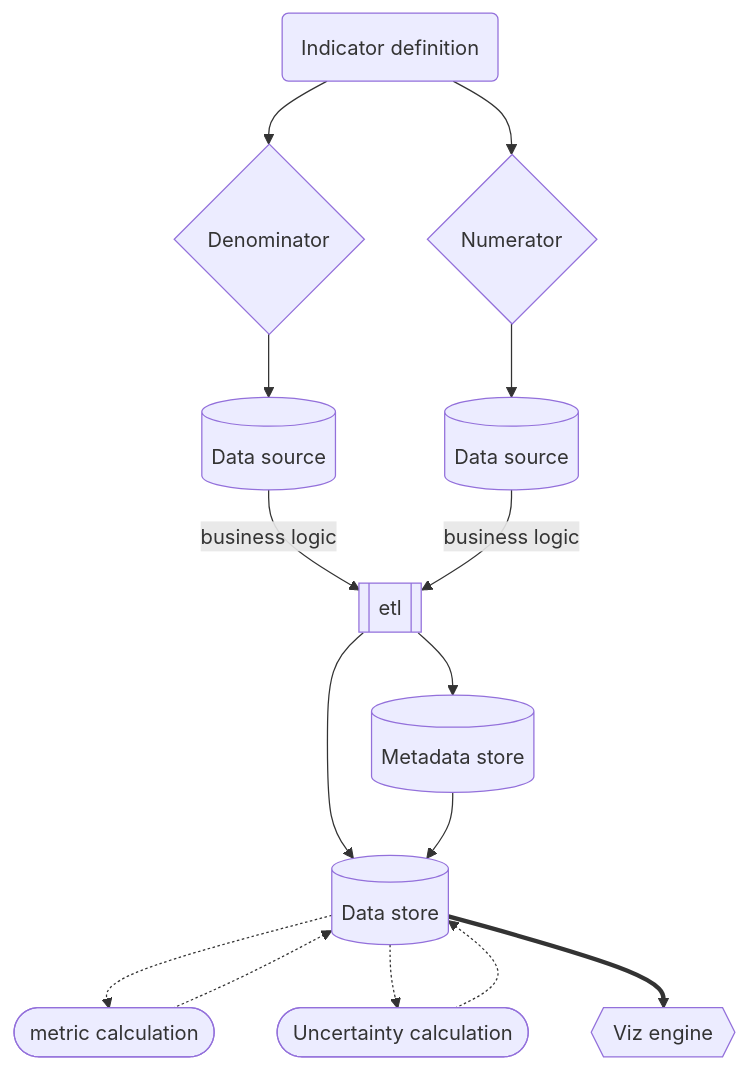
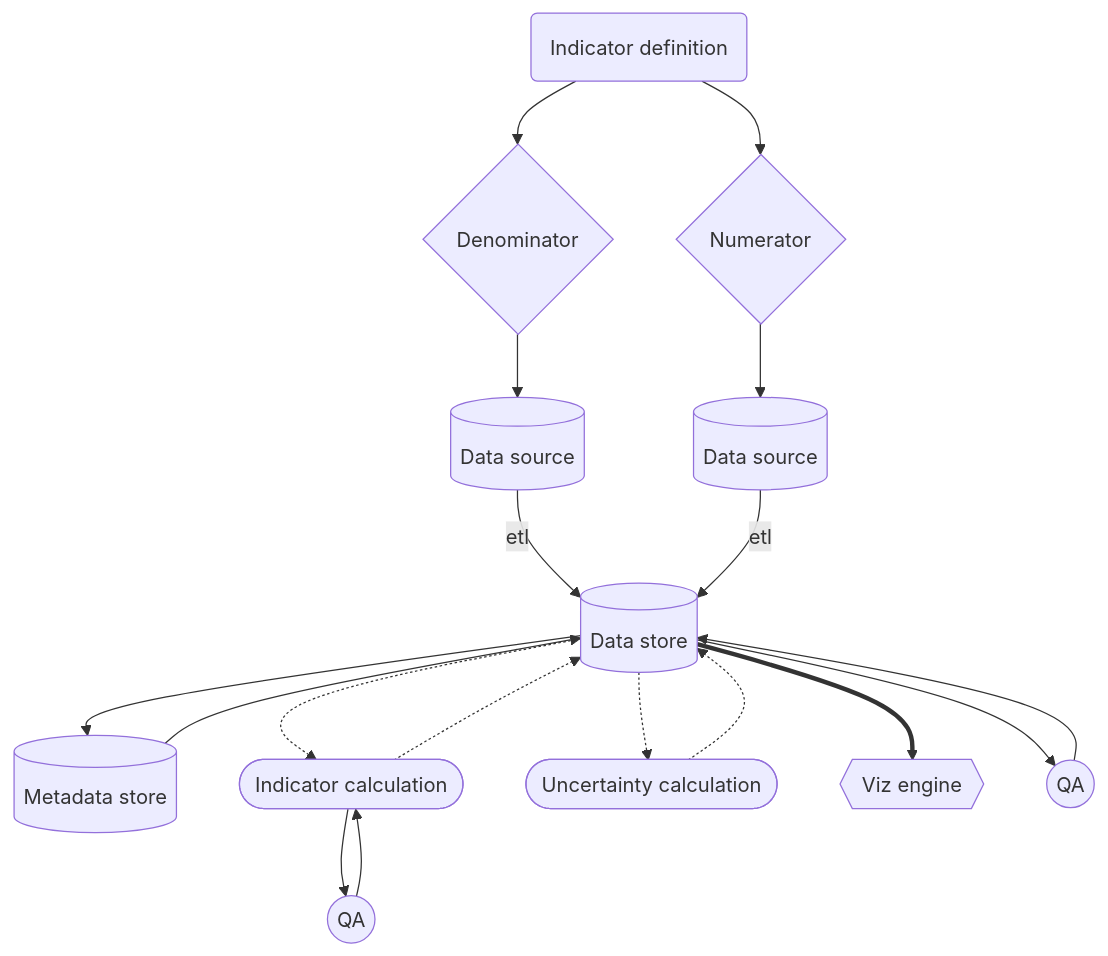
Before and after one commit to julianflowers/spha: the diagram in poc.qmd, drawn with Mermaid. The commit also changed other lines of this file and 10 other files, not shown here.

````diff
--- a/poc.qmd
+++ b/poc.qmd
@@ -35,16 +64,17 @@
 ```{mermaid}
 %%| label: fig-wf
-%%| fig-cap: "Simplified indicator production worklow"
+%%| fig-cap: "Simplified indicator production workflow"
 
 flowchart TD
 
 A(Indicator definition) --> B{Numerator}
 A --> C{Denominator}
-C --> D[(Data source)] -- business logic --> F[[etl]] --> G[(Data store)]
-B --> E[(Data source)] -- business logic --> F
-F --> K[(Metadata store)] --> G
-G -.-> H([metric calculation]) -.-> G
+C --> D[(Data source)] -- etl --> G[(Data store)]
+B --> E[(Data source)] -- etl --> G
+G --> M[(Metadata store)] --> G
+G -.-> H([Indicator calculation]) -.-> G
 G -.-> I([Uncertainty calculation]) -.-> G ==> J{{Viz engine}}
-
+G --> K((QA)) --> G
+H --> L((QA)) --> H
 
 ```
````
